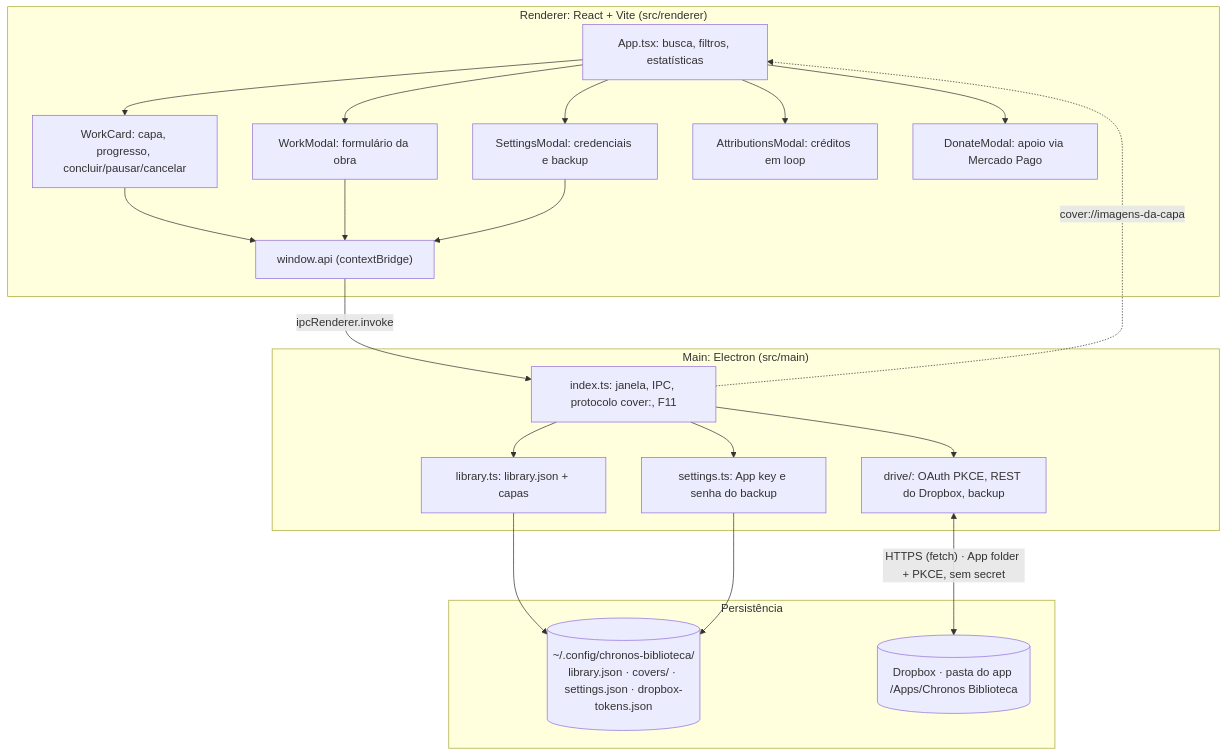
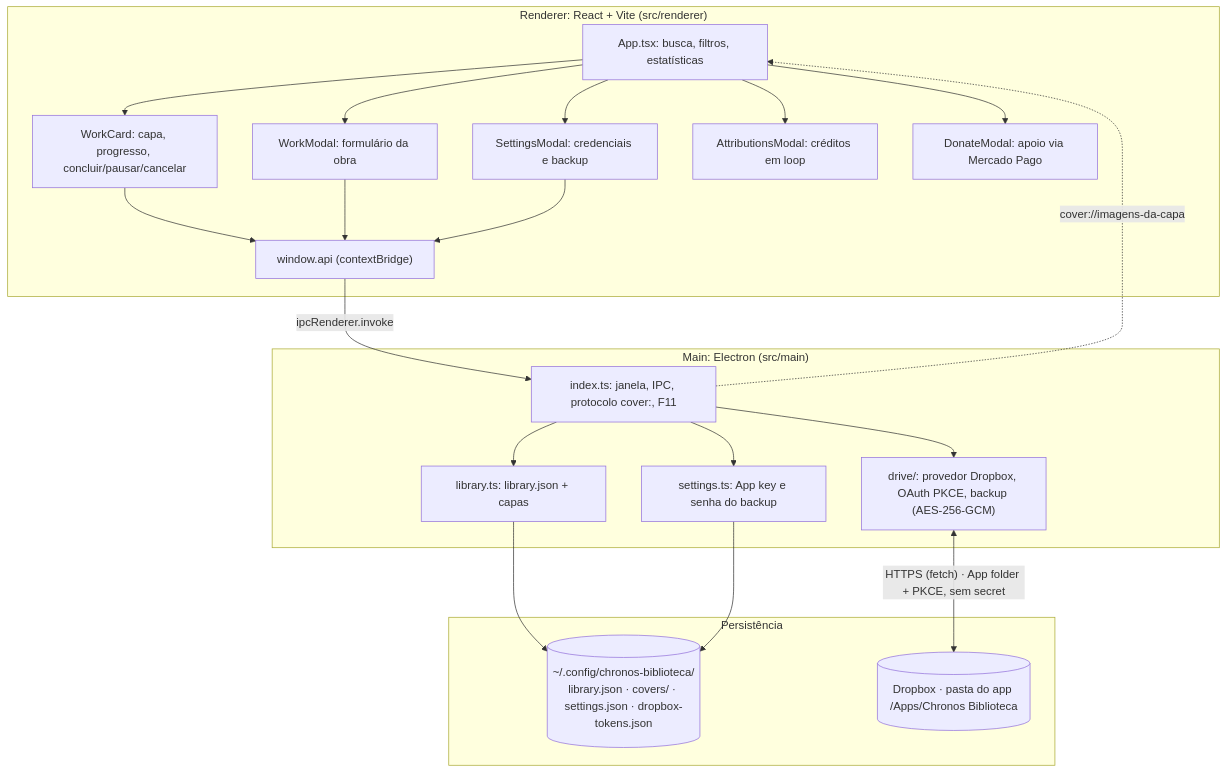
The first of 5 diagrams in README.md (chronos-atalante/chronos-biblioteca), drawn with Mermaid before and after one commit. The commit also changed other lines of this file and 27 other files, not shown here.

````diff
--- a/README.md
+++ b/README.md
@@ -192,39 +192,39 @@
 ```mermaid
 flowchart TD
     subgraph RENDERER["Renderer: React + Vite (src/renderer)"]
         UI1["App.tsx: busca, filtros, estatísticas"]
         UI2["WorkCard: capa, progresso, concluir/pausar/cancelar"]
         UI3["WorkModal: formulário da obra"]
         UI4["SettingsModal: credenciais e backup"]
         UI5["AttributionsModal: créditos em loop"]
         UI6["DonateModal: apoio via Mercado Pago"]
         BRIDGE["window.api (contextBridge)"]
         UI1 --> UI2
         UI1 --> UI3
         UI1 --> UI4
         UI1 --> UI5
         UI1 --> UI6
         UI2 --> BRIDGE
         UI3 --> BRIDGE
         UI4 --> BRIDGE
     end
 
     subgraph MAIN["Main: Electron (src/main)"]
         IDX["index.ts: janela, IPC, protocolo cover:, F11"]
         LIB["library.ts: library.json + capas"]
         SET["settings.ts: App key e senha do backup"]
-        DRV["drive/: OAuth PKCE, REST do Dropbox, backup"]
+        DRV["drive/: provedor Dropbox, OAuth PKCE, backup (AES-256-GCM)"]
     end
 
     subgraph STORAGE["Persistência"]
         LOKAL[("~/.config/chronos-biblioteca/<br/>library.json · covers/ · settings.json · dropbox-tokens.json")]
         DRIVE[("Dropbox · pasta do app /Apps/Chronos Biblioteca")]
     end
 
     BRIDGE -->|"ipcRenderer.invoke"| IDX
     IDX --> LIB --> LOKAL
     IDX --> SET --> LOKAL
     IDX --> DRV
     DRV <-->|"HTTPS (fetch) · App folder + PKCE, sem secret"| DRIVE
     IDX -.->|"cover://imagens-da-capa"| UI1
 ```
````
